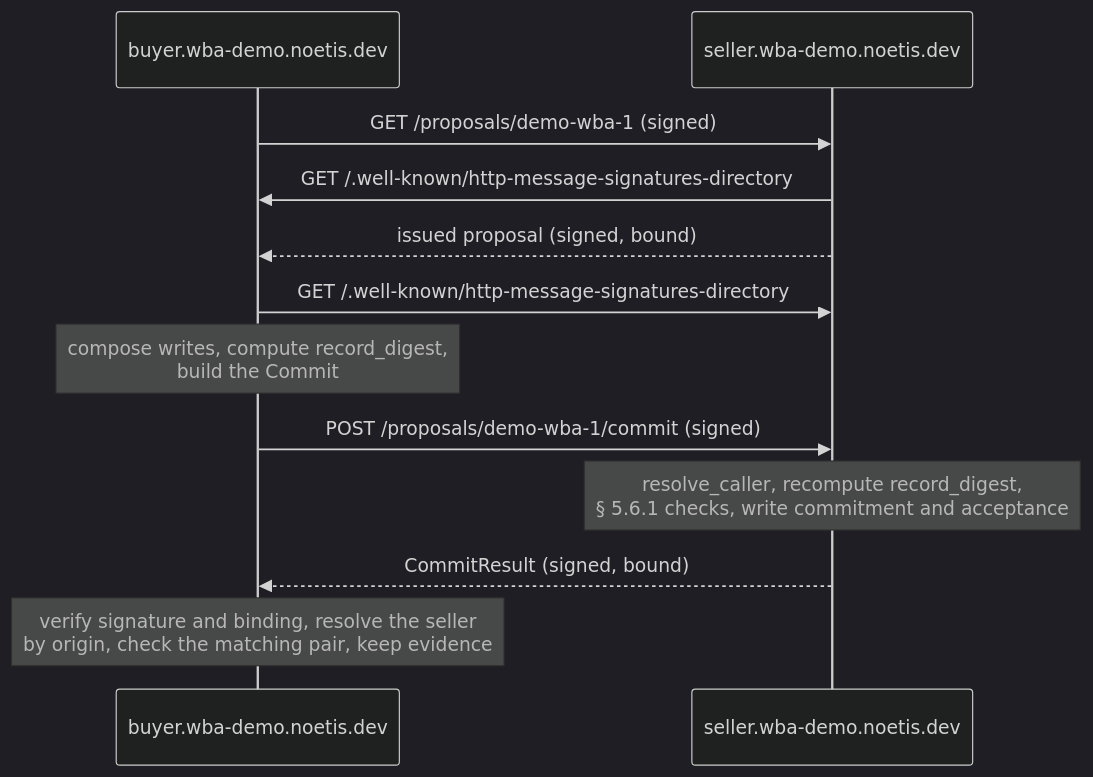
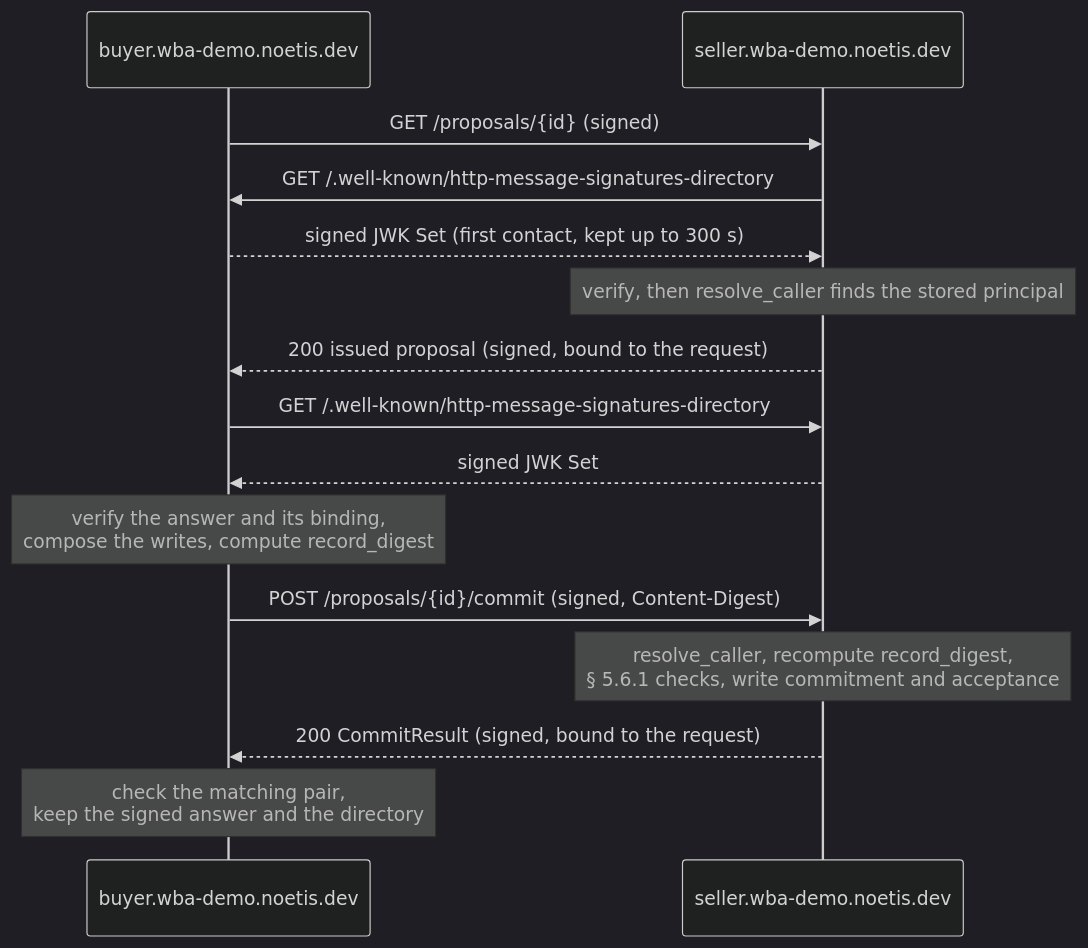
One commit to KonstantinMirin/openproposal-web-bot-auth changed the fifth of 7 diagrams in README.md. Above: the diagram before and after it, drawn with Mermaid (dark theme). The commit also changed other lines of this file, not shown here.

````diff
--- a/README.md
+++ b/README.md
@@ -90,14 +196,17 @@
 ```mermaid
 sequenceDiagram
     participant B as buyer.wba-demo.noetis.dev
     participant S as seller.wba-demo.noetis.dev
-    B->>S: GET /proposals/demo-wba-1 (signed)
+    B->>S: GET /proposals/{id} (signed)
     S->>B: GET /.well-known/http-message-signatures-directory
-    S-->>B: issued proposal (signed, bound)
+    B-->>S: signed JWK Set (first contact, kept up to 300 s)
+    Note over S: verify, then resolve_caller finds the stored principal
+    S-->>B: 200 issued proposal (signed, bound to the request)
     B->>S: GET /.well-known/http-message-signatures-directory
-    Note over B: compose writes, compute record_digest,<br/>build the Commit
-    B->>S: POST /proposals/demo-wba-1/commit (signed)
+    S-->>B: signed JWK Set
+    Note over B: verify the answer and its binding,<br/>compose the writes, compute record_digest
+    B->>S: POST /proposals/{id}/commit (signed, Content-Digest)
     Note over S: resolve_caller, recompute record_digest,<br/>§ 5.6.1 checks, write commitment and acceptance
-    S-->>B: CommitResult (signed, bound)
-    Note over B: verify signature and binding, resolve the seller<br/>by origin, check the matching pair, keep evidence
+    S-->>B: 200 CommitResult (signed, bound to the request)
+    Note over B: check the matching pair,<br/>keep the signed answer and the directory
 ```
````
